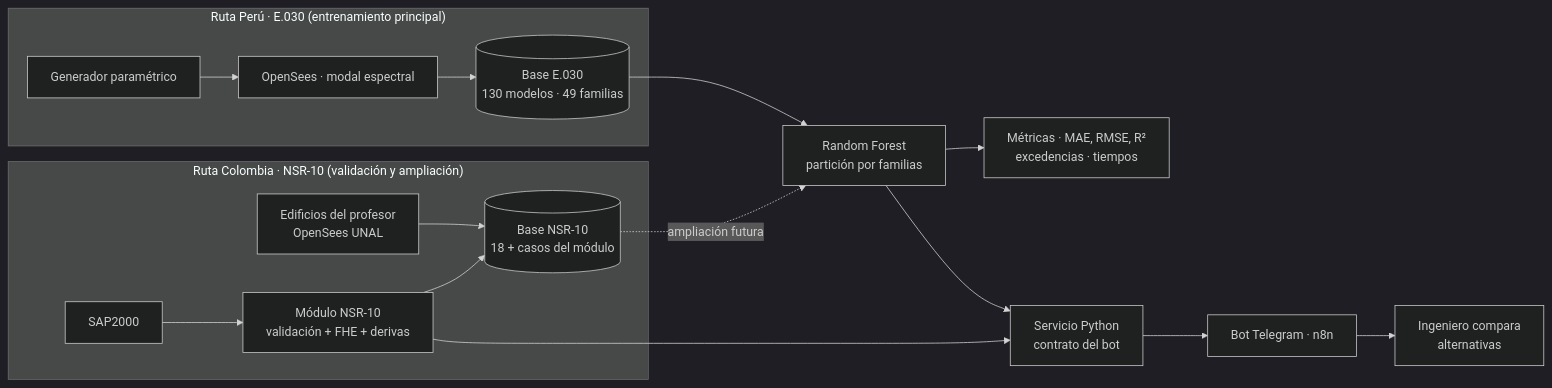
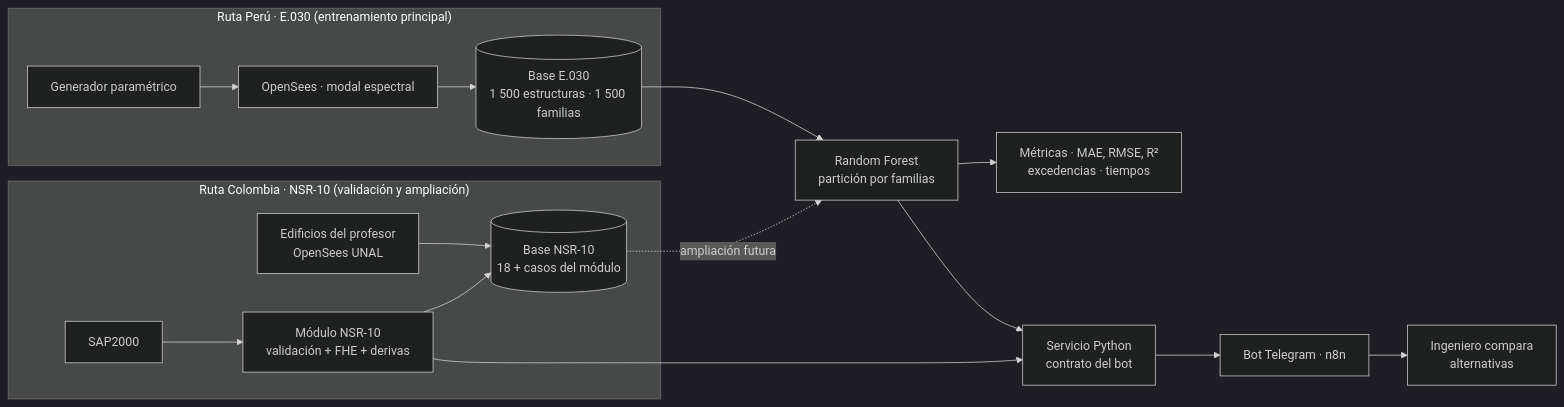
The diagram in 01 Proyecto/Flujo integrado de herramientas.md (nexo-sismico/Nexo_simico_colab), drawn with Mermaid (dark theme) before and after one commit. The commit also changed other lines of this file and 12 other files, not shown here.

````diff
--- a/01 Proyecto/Flujo integrado de herramientas.md
+++ b/01 Proyecto/Flujo integrado de herramientas.md
@@ -9,19 +9,19 @@
 ```mermaid
 flowchart LR
   subgraph PE["Ruta Perú · E.030 (entrenamiento principal)"]
     G[Generador paramétrico] --> O[OpenSees · modal espectral]
-    O --> B1[("Base E.030<br/>130 modelos · 49 familias")]
+    O --> B1[("Base E.030<br/>1 500 estructuras · 1 500 familias")]
   end
   subgraph CO["Ruta Colombia · NSR-10 (validación y ampliación)"]
     S[SAP2000] --> N[Módulo NSR-10<br/>validación + FHE + derivas]
     PR[Edificios del profesor<br/>OpenSees UNAL] --> B2[("Base NSR-10<br/>18 + casos del módulo")]
     N --> B2
   end
   B1 --> RF[Random Forest<br/>partición por familias]
   B2 -. ampliación futura .-> RF
   RF --> MT[Métricas · MAE, RMSE, R²<br/>excedencias · tiempos]
   RF --> API[Servicio Python<br/>contrato del bot]
   N --> API
   API --> BOT[Bot Telegram · n8n]
   BOT --> U[Ingeniero compara<br/>alternativas]
 ```
````
